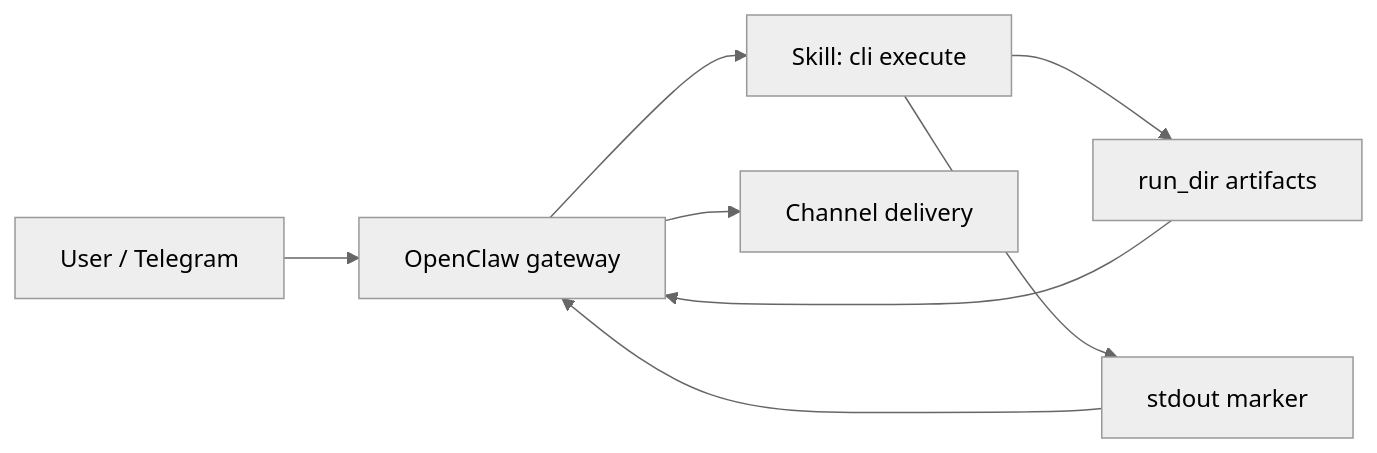
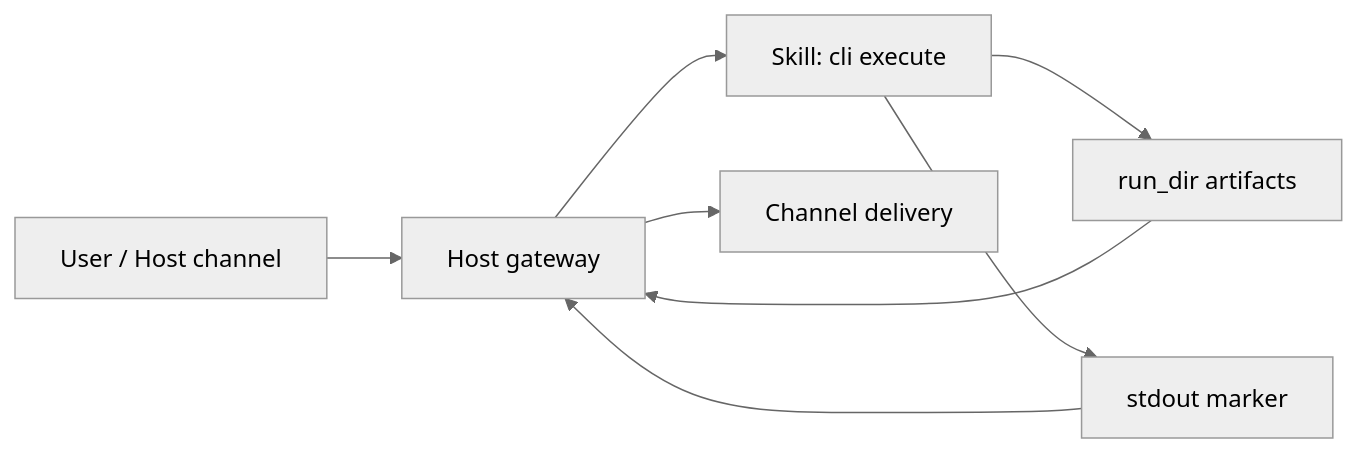
One commit to koriss/aiSKILLS changed the diagram in research-factory-orchestrator/research-factory-orchestrator/docs/adr/ADR-016-compute-vs-delivery-split.md. Above: the diagram before and after it, drawn with Mermaid (neutral theme). The commit also changed other lines of this file and 41 other files, not shown here.

````diff
--- a/research-factory-orchestrator/research-factory-orchestrator/docs/adr/ADR-016-compute-vs-delivery-split.md
+++ b/research-factory-orchestrator/research-factory-orchestrator/docs/adr/ADR-016-compute-vs-delivery-split.md
@@ -47,10 +51,10 @@
 ```mermaid
 flowchart LR
-  U[User / Telegram] --> G[OpenClaw gateway]
+  U[User / Host channel] --> G[Host gateway]
   G --> E[Skill: cli execute]
   E --> RD[run_dir artifacts]
   E --> M[stdout marker]
   M --> G
   RD --> G
   G --> D[Channel delivery]
 ```
````
